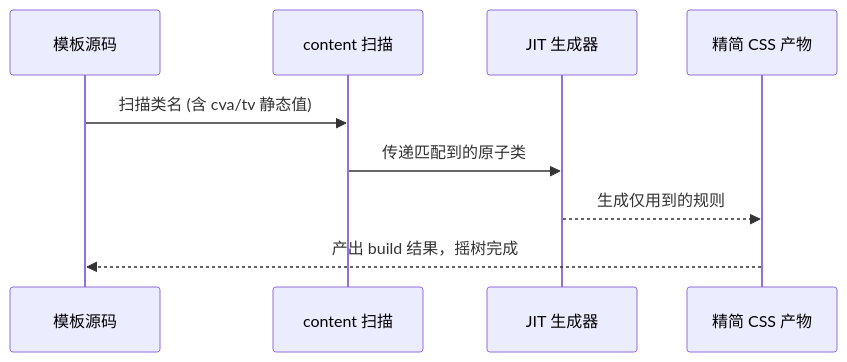
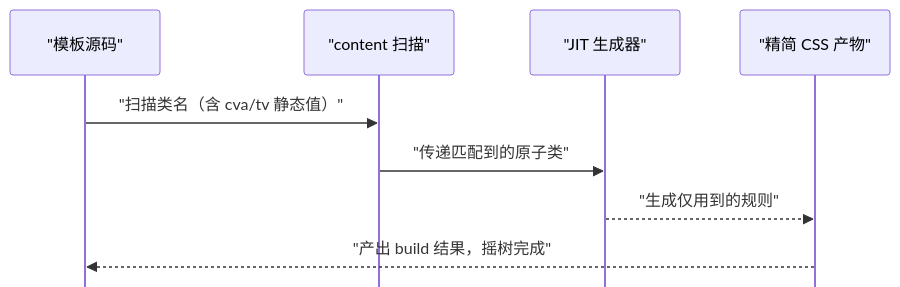
The diagram in website/docs/tailwindcss/history/history-utility-first.mdx (sonofmagic/weapp-tailwindcss), drawn with Mermaid before and after one commit. The commit also changed 5 other files, not shown here.

````diff
--- a/website/docs/tailwindcss/history/history-utility-first.mdx
+++ b/website/docs/tailwindcss/history/history-utility-first.mdx
@@ -80,11 +80,12 @@
 ```mermaid
+%%{ init: { "sequence": { "mirrorActors": false } } }%%
 sequenceDiagram
-  participant Source as 模板源码
-  participant Scanner as content 扫描
-  participant JIT as JIT 生成器
-  participant CSS as 精简 CSS 产物
-  Source->>Scanner: 扫描类名 (含 cva/tv 静态值)
-  Scanner->>JIT: 传递匹配到的原子类
-  JIT-->>CSS: 生成仅用到的规则
-  CSS-->>Source: 产出 build 结果，摇树完成
+  participant Source as "模板源码"
+  participant Scanner as "content 扫描"
+  participant JIT as "JIT 生成器"
+  participant CSS as "精简 CSS 产物"
+  Source->>Scanner: "扫描类名（含 cva/tv 静态值）"
+  Scanner->>JIT: "传递匹配到的原子类"
+  JIT-->>CSS: "生成仅用到的规则"
+  CSS-->>Source: "产出 build 结果，摇树完成"
 ```
````
